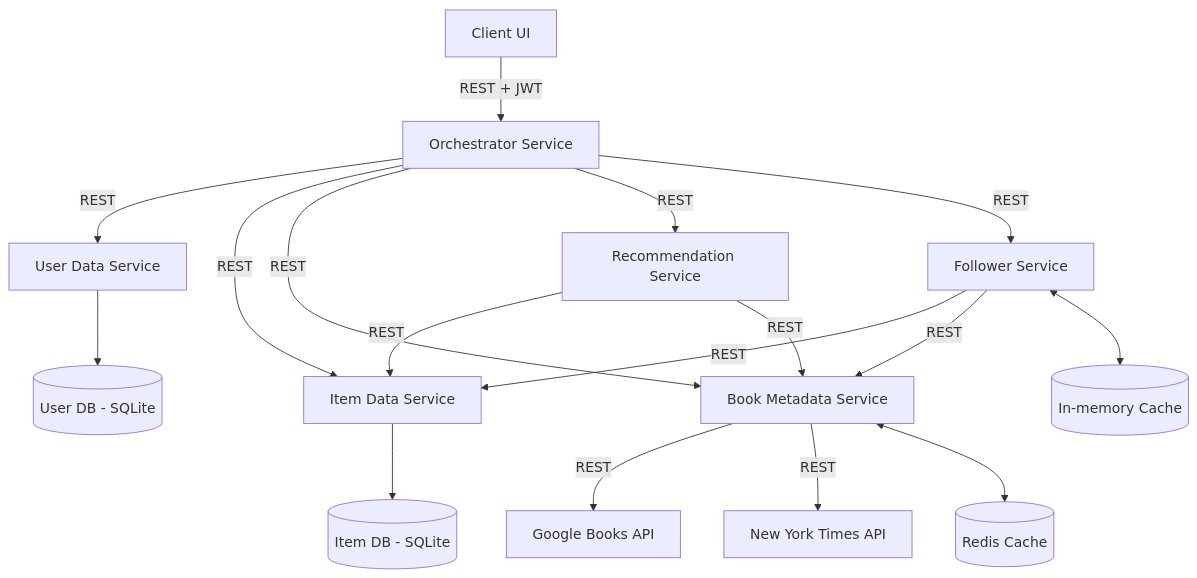
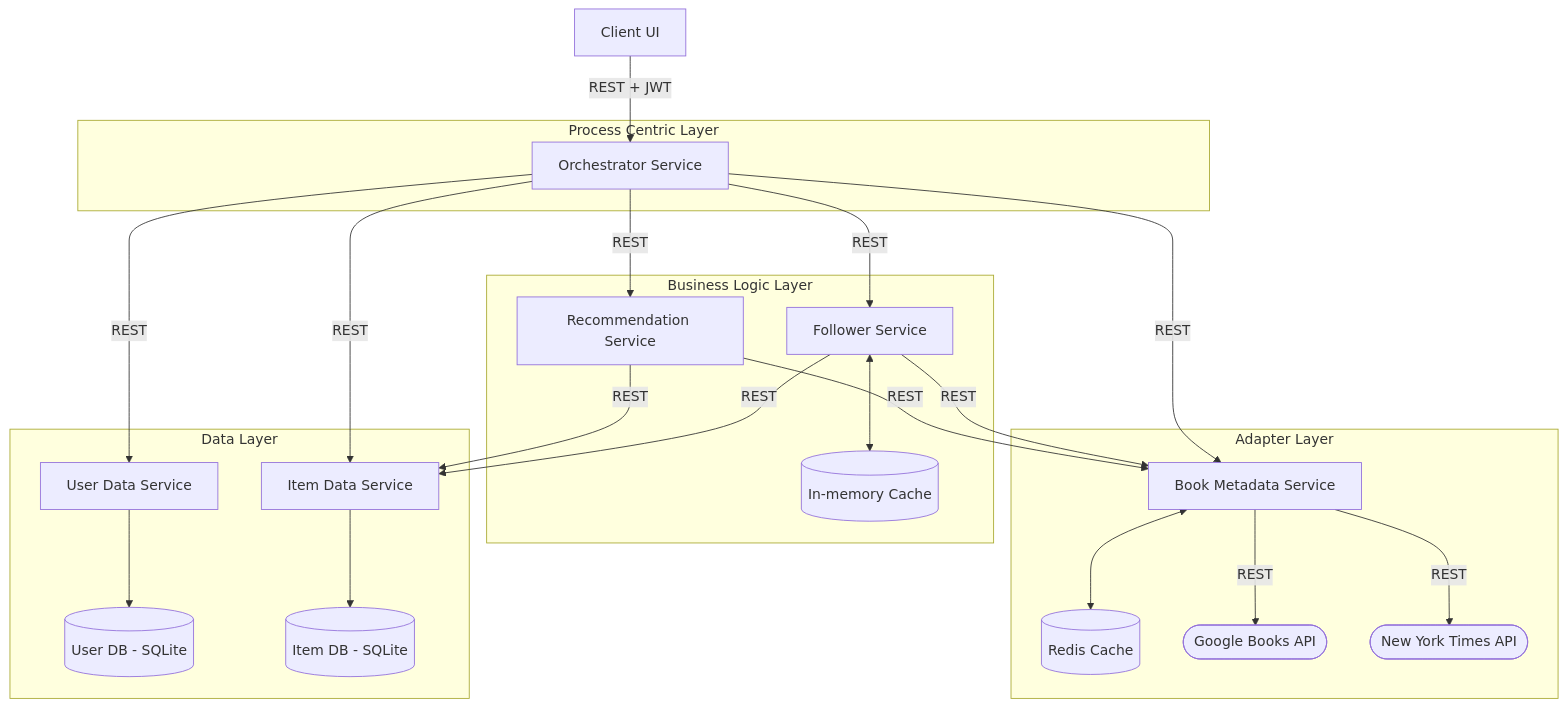
One commit to Betal02/hive_books changed the diagram in README.md. Above: the diagram before and after it, drawn with Mermaid. The commit also changed other lines of this file, not shown here.

````diff
--- a/README.md
+++ b/README.md
@@ -54,42 +54,60 @@
 ```mermaid
+
 flowchart TD
-	UI[Client UI]
-	
-	OS[Orchestrator Service]
-	RS[Recommendation Service]
-	MA[Book Metadata Service]
-	FS[Follower Service]
-	IDS[Item Data Service]
-	UDS[User Data Service]
-	
-	IDB[(Item DB - SQLite)]
-	UDB[(User DB - SQLite)]
-	
-    R[(Redis Cache)]
-	IMC[("In-memory Cache")]
-	
-	GBA[Google Books API]
-	NYT[New York Times API]
-    
-	
-	IDS --> IDB
-	UDS --> UDB
-	UI -->|REST + JWT| OS
-	
-	OS -->|REST| UDS
-	OS -->|REST| IDS
-	OS -->|REST| MA
-	OS -->|REST| RS
-	OS -->|REST| FS
-	
-	RS -->|REST| IDS
-	RS -->|REST| MA
-	
-	FS -->|REST| IDS
-	FS -->|REST| MA
-	FS <--> IMC
-	
-	MA -->|REST| GBA
-	MA -->|REST| NYT
-	MA <--> R
+
+    UI[Client UI]
+
+    subgraph "Process Centric Layer"
+        OS[Orchestrator Service]
+    end
+
+
+    subgraph "Business Logic Layer"
+        RS[Recommendation Service]
+        FS[Follower Service]
+
+        IMC[("In-memory Cache")]
+    end
+
+  
+    subgraph "Adapter Layer"
+        MA[Book Metadata Service]
+
+        R[(Redis Cache)]
+
+        GBA([Google Books API])
+        NYT([New York Times API])
+    end
+  
+
+    subgraph "Data Layer"
+        UDS[User Data Service]
+        IDS[Item Data Service]
+
+        UDB[(User DB - SQLite)]
+        IDB[(Item DB - SQLite)]
+    end
+
+    IDS --> IDB
+    UDS --> UDB
+
+    UI -->|REST + JWT| OS
+
+    OS -->|REST| UDS
+    OS -->|REST| IDS
+    OS -->|REST| MA
+    OS -->|REST| RS
+    OS -->|REST| FS
+
+    RS -->|REST| IDS
+    RS -->|REST| MA
+
+    FS -->|REST| IDS
+    FS -->|REST| MA
+    FS <--> IMC
+
+    MA -->|REST| GBA
+    MA -->|REST| NYT
+    MA <--> R
+
 ```
````
